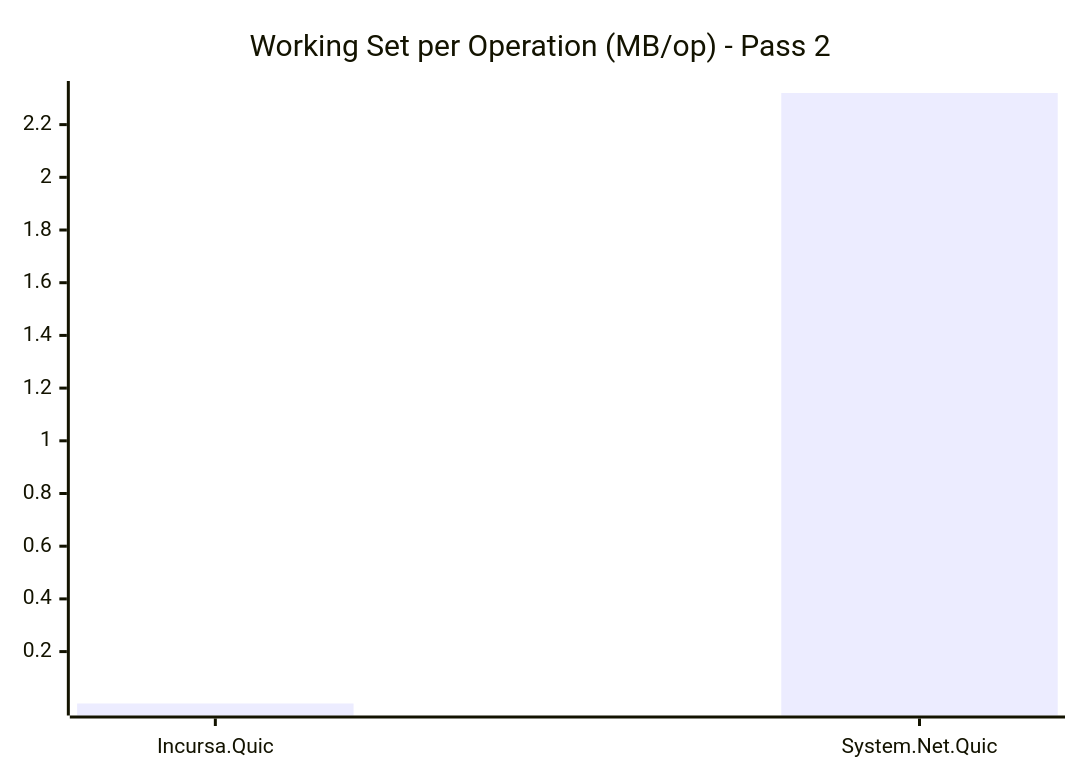
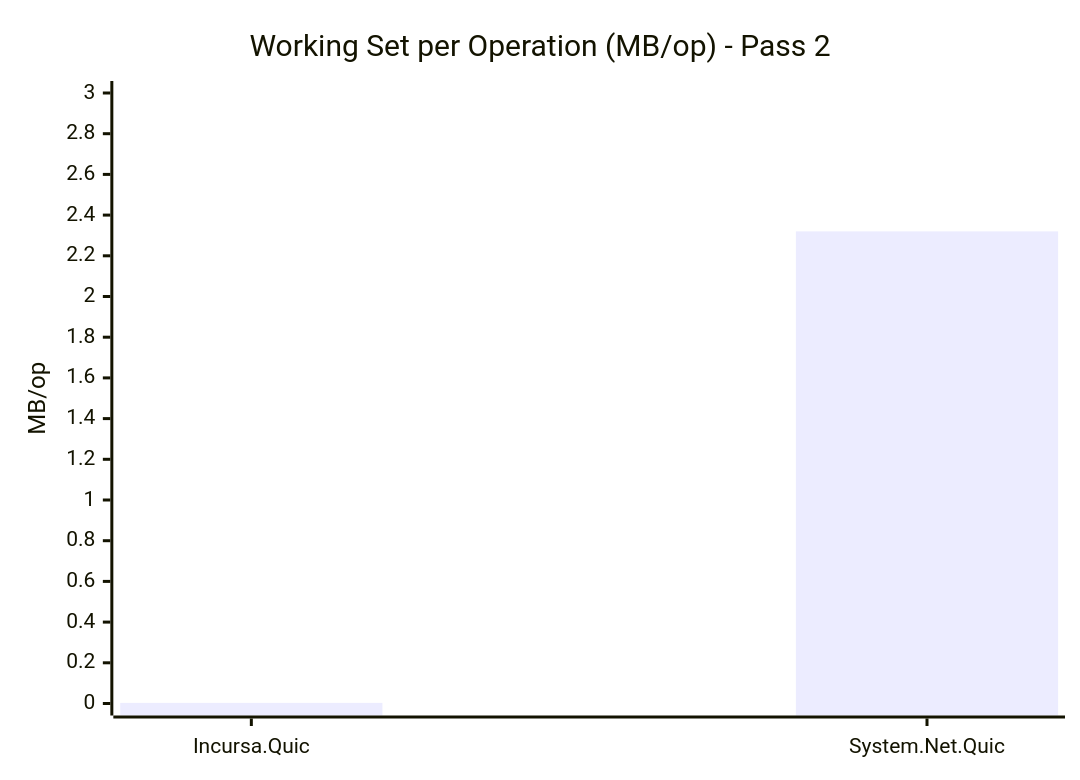
The fifth of 7 diagrams in docs/performance/runs/2026-05-30-154005/charts/charts.md (incursa/quic-dotnet), drawn with Mermaid before and after one commit. The commit also changed other lines of this file and 1 other file, not shown here.

Commit message:
Update performance charts and report with new metrics and axis labels

````diff
--- a/docs/performance/runs/2026-05-30-154005/charts/charts.md
+++ b/docs/performance/runs/2026-05-30-154005/charts/charts.md
@@ -39,6 +43,7 @@
 ```mermaid
 xychart-beta
   title "Working Set per Operation (MB/op) - Pass 2"
   x-axis ["Incursa.Quic", "System.Net.Quic"]
+  y-axis "MB/op" 0 --> 3
   bar [0.003, 2.320]
 ```
````
